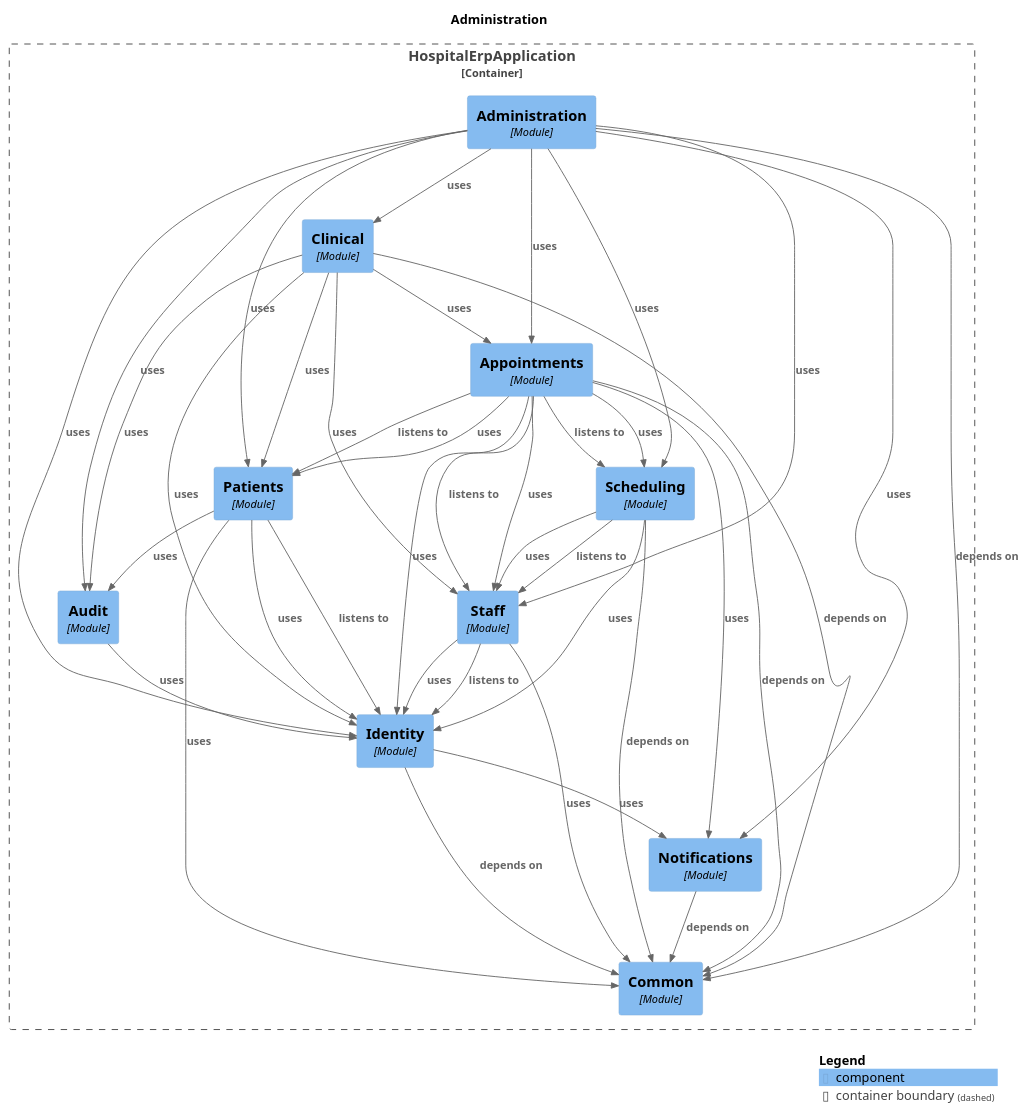
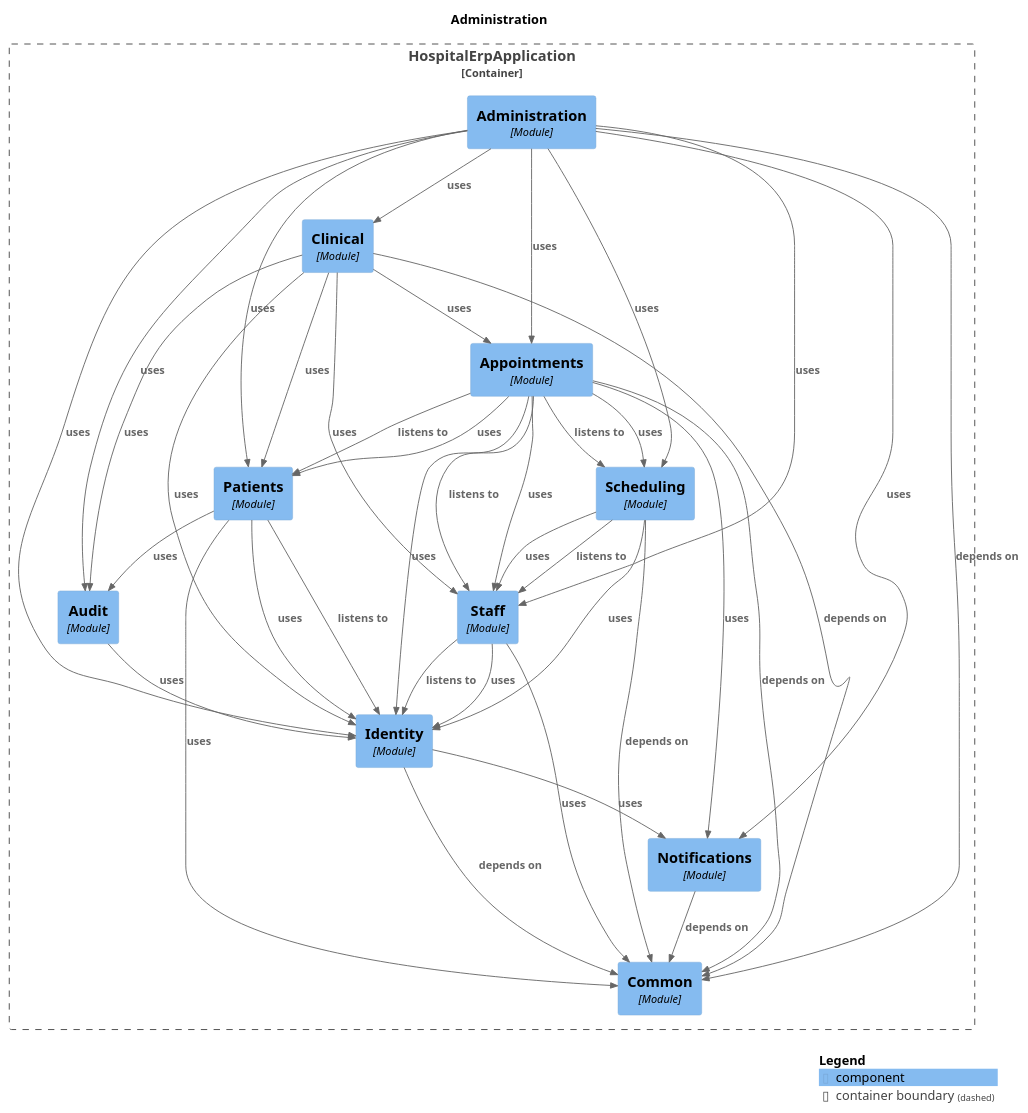
The diagram in docs/modules/module-administration.puml (harshsharma5720/HospitalERP), drawn with PlantUML before and after one commit. The commit also changed other lines of this file and 44 other files, not shown here.

```diff
--- a/docs/modules/module-administration.puml
+++ b/docs/modules/module-administration.puml
@@ -1,65 +1,65 @@
 @startuml
 set separator none
 title Administration
 
 top to bottom direction
 
 !include <C4/C4>
 !include <C4/C4_Context>
 !include <C4/C4_Component>
 
 Container_Boundary("HospitalErpApplication.HospitalErpApplication_boundary", "HospitalErpApplication", $tags="") {
   Component(HospitalErpApplication.HospitalErpApplication.Appointments, "Appointments", $techn="Module", $descr="", $tags="", $link="")
   Component(HospitalErpApplication.HospitalErpApplication.Clinical, "Clinical", $techn="Module", $descr="", $tags="", $link="")
   Component(HospitalErpApplication.HospitalErpApplication.Administration, "Administration", $techn="Module", $descr="", $tags="", $link="")
   Component(HospitalErpApplication.HospitalErpApplication.Common, "Common", $techn="Module", $descr="", $tags="", $link="")
   Component(HospitalErpApplication.HospitalErpApplication.Notifications, "Notifications", $techn="Module", $descr="", $tags="", $link="")
   Component(HospitalErpApplication.HospitalErpApplication.Identity, "Identity", $techn="Module", $descr="", $tags="", $link="")
   Component(HospitalErpApplication.HospitalErpApplication.Audit, "Audit", $techn="Module", $descr="", $tags="", $link="")
   Component(HospitalErpApplication.HospitalErpApplication.Staff, "Staff", $techn="Module", $descr="", $tags="", $link="")
   Component(HospitalErpApplication.HospitalErpApplication.Patients, "Patients", $techn="Module", $descr="", $tags="", $link="")
   Component(HospitalErpApplication.HospitalErpApplication.Scheduling, "Scheduling", $techn="Module", $descr="", $tags="", $link="")
 }
 
+Rel(HospitalErpApplication.HospitalErpApplication.Staff, HospitalErpApplication.HospitalErpApplication.Identity, "uses", $techn="", $tags="", $link="")
+Rel(HospitalErpApplication.HospitalErpApplication.Staff, HospitalErpApplication.HospitalErpApplication.Common, "uses", $techn="", $tags="", $link="")
+Rel(HospitalErpApplication.HospitalErpApplication.Audit, HospitalErpApplication.HospitalErpApplication.Identity, "uses", $techn="", $tags="", $link="")
+Rel(HospitalErpApplication.HospitalErpApplication.Clinical, HospitalErpApplication.HospitalErpApplication.Common, "depends on", $techn="", $tags="", $link="")
+Rel(HospitalErpApplication.HospitalErpApplication.Clinical, HospitalErpApplication.HospitalErpApplication.Appointments, "uses", $techn="", $tags="", $link="")
+Rel(HospitalErpApplication.HospitalErpApplication.Clinical, HospitalErpApplication.HospitalErpApplication.Staff, "uses", $techn="", $tags="", $link="")
 Rel(HospitalErpApplication.HospitalErpApplication.Clinical, HospitalErpApplication.HospitalErpApplication.Patients, "uses", $techn="", $tags="", $link="")
 Rel(HospitalErpApplication.HospitalErpApplication.Clinical, HospitalErpApplication.HospitalErpApplication.Identity, "uses", $techn="", $tags="", $link="")
 Rel(HospitalErpApplication.HospitalErpApplication.Clinical, HospitalErpApplication.HospitalErpApplication.Audit, "uses", $techn="", $tags="", $link="")
-Rel(HospitalErpApplication.HospitalErpApplication.Notifications, HospitalErpApplication.HospitalErpApplication.Common, "depends on", $techn="", $tags="", $link="")
-Rel(HospitalErpApplication.HospitalErpApplication.Staff, HospitalErpApplication.HospitalErpApplication.Identity, "listens to", $techn="", $tags="", $link="")
-Rel(HospitalErpApplication.HospitalErpApplication.Staff, HospitalErpApplication.HospitalErpApplication.Identity, "uses", $techn="", $tags="", $link="")
-Rel(HospitalErpApplication.HospitalErpApplication.Staff, HospitalErpApplication.HospitalErpApplication.Common, "uses", $techn="", $tags="", $link="")
-Rel(HospitalErpApplication.HospitalErpApplication.Administration, HospitalErpApplication.HospitalErpApplication.Common, "depends on", $techn="", $tags="", $link="")
-Rel(HospitalErpApplication.HospitalErpApplication.Administration, HospitalErpApplication.HospitalErpApplication.Identity, "uses", $techn="", $tags="", $link="")
-Rel(HospitalErpApplication.HospitalErpApplication.Administration, HospitalErpApplication.HospitalErpApplication.Patients, "uses", $techn="", $tags="", $link="")
-Rel(HospitalErpApplication.HospitalErpApplication.Administration, HospitalErpApplication.HospitalErpApplication.Staff, "uses", $techn="", $tags="", $link="")
-Rel(HospitalErpApplication.HospitalErpApplication.Administration, HospitalErpApplication.HospitalErpApplication.Audit, "uses", $techn="", $tags="", $link="")
-Rel(HospitalErpApplication.HospitalErpApplication.Administration, HospitalErpApplication.HospitalErpApplication.Appointments, "uses", $techn="", $tags="", $link="")
-Rel(HospitalErpApplication.HospitalErpApplication.Administration, HospitalErpApplication.HospitalErpApplication.Notifications, "uses", $techn="", $tags="", $link="")
-Rel(HospitalErpApplication.HospitalErpApplication.Administration, HospitalErpApplication.HospitalErpApplication.Clinical, "uses", $techn="", $tags="", $link="")
-Rel(HospitalErpApplication.HospitalErpApplication.Administration, HospitalErpApplication.HospitalErpApplication.Scheduling, "uses", $techn="", $tags="", $link="")
-Rel(HospitalErpApplication.HospitalErpApplication.Identity, HospitalErpApplication.HospitalErpApplication.Common, "depends on", $techn="", $tags="", $link="")
-Rel(HospitalErpApplication.HospitalErpApplication.Identity, HospitalErpApplication.HospitalErpApplication.Notifications, "uses", $techn="", $tags="", $link="")
+Rel(HospitalErpApplication.HospitalErpApplication.Scheduling, HospitalErpApplication.HospitalErpApplication.Staff, "listens to", $techn="", $tags="", $link="")
+Rel(HospitalErpApplication.HospitalErpApplication.Scheduling, HospitalErpApplication.HospitalErpApplication.Common, "depends on", $techn="", $tags="", $link="")
+Rel(HospitalErpApplication.HospitalErpApplication.Scheduling, HospitalErpApplication.HospitalErpApplication.Staff, "uses", $techn="", $tags="", $link="")
+Rel(HospitalErpApplication.HospitalErpApplication.Scheduling, HospitalErpApplication.HospitalErpApplication.Identity, "uses", $techn="", $tags="", $link="")
 Rel(HospitalErpApplication.HospitalErpApplication.Appointments, HospitalErpApplication.HospitalErpApplication.Staff, "listens to", $techn="", $tags="", $link="")
 Rel(HospitalErpApplication.HospitalErpApplication.Appointments, HospitalErpApplication.HospitalErpApplication.Patients, "listens to", $techn="", $tags="", $link="")
 Rel(HospitalErpApplication.HospitalErpApplication.Appointments, HospitalErpApplication.HospitalErpApplication.Scheduling, "listens to", $techn="", $tags="", $link="")
 Rel(HospitalErpApplication.HospitalErpApplication.Appointments, HospitalErpApplication.HospitalErpApplication.Common, "depends on", $techn="", $tags="", $link="")
 Rel(HospitalErpApplication.HospitalErpApplication.Appointments, HospitalErpApplication.HospitalErpApplication.Patients, "uses", $techn="", $tags="", $link="")
 Rel(HospitalErpApplication.HospitalErpApplication.Appointments, HospitalErpApplication.HospitalErpApplication.Staff, "uses", $techn="", $tags="", $link="")
 Rel(HospitalErpApplication.HospitalErpApplication.Appointments, HospitalErpApplication.HospitalErpApplication.Scheduling, "uses", $techn="", $tags="", $link="")
 Rel(HospitalErpApplication.HospitalErpApplication.Appointments, HospitalErpApplication.HospitalErpApplication.Identity, "uses", $techn="", $tags="", $link="")
 Rel(HospitalErpApplication.HospitalErpApplication.Appointments, HospitalErpApplication.HospitalErpApplication.Notifications, "uses", $techn="", $tags="", $link="")
 Rel(HospitalErpApplication.HospitalErpApplication.Patients, HospitalErpApplication.HospitalErpApplication.Identity, "listens to", $techn="", $tags="", $link="")
 Rel(HospitalErpApplication.HospitalErpApplication.Patients, HospitalErpApplication.HospitalErpApplication.Identity, "uses", $techn="", $tags="", $link="")
 Rel(HospitalErpApplication.HospitalErpApplication.Patients, HospitalErpApplication.HospitalErpApplication.Common, "uses", $techn="", $tags="", $link="")
 Rel(HospitalErpApplication.HospitalErpApplication.Patients, HospitalErpApplication.HospitalErpApplication.Audit, "uses", $techn="", $tags="", $link="")
-Rel(HospitalErpApplication.HospitalErpApplication.Scheduling, HospitalErpApplication.HospitalErpApplication.Staff, "listens to", $techn="", $tags="", $link="")
-Rel(HospitalErpApplication.HospitalErpApplication.Scheduling, HospitalErpApplication.HospitalErpApplication.Common, "depends on", $techn="", $tags="", $link="")
-Rel(HospitalErpApplication.HospitalErpApplication.Scheduling, HospitalErpApplication.HospitalErpApplication.Staff, "uses", $techn="", $tags="", $link="")
-Rel(HospitalErpApplication.HospitalErpApplication.Scheduling, HospitalErpApplication.HospitalErpApplication.Identity, "uses", $techn="", $tags="", $link="")
-Rel(HospitalErpApplication.HospitalErpApplication.Audit, HospitalErpApplication.HospitalErpApplication.Identity, "uses", $techn="", $tags="", $link="")
-Rel(HospitalErpApplication.HospitalErpApplication.Clinical, HospitalErpApplication.HospitalErpApplication.Common, "depends on", $techn="", $tags="", $link="")
-Rel(HospitalErpApplication.HospitalErpApplication.Clinical, HospitalErpApplication.HospitalErpApplication.Appointments, "uses", $techn="", $tags="", $link="")
-Rel(HospitalErpApplication.HospitalErpApplication.Clinical, HospitalErpApplication.HospitalErpApplication.Staff, "uses", $techn="", $tags="", $link="")
+Rel(HospitalErpApplication.HospitalErpApplication.Identity, HospitalErpApplication.HospitalErpApplication.Common, "depends on", $techn="", $tags="", $link="")
+Rel(HospitalErpApplication.HospitalErpApplication.Identity, HospitalErpApplication.HospitalErpApplication.Notifications, "uses", $techn="", $tags="", $link="")
+Rel(HospitalErpApplication.HospitalErpApplication.Administration, HospitalErpApplication.HospitalErpApplication.Common, "depends on", $techn="", $tags="", $link="")
+Rel(HospitalErpApplication.HospitalErpApplication.Administration, HospitalErpApplication.HospitalErpApplication.Identity, "uses", $techn="", $tags="", $link="")
+Rel(HospitalErpApplication.HospitalErpApplication.Administration, HospitalErpApplication.HospitalErpApplication.Patients, "uses", $techn="", $tags="", $link="")
+Rel(HospitalErpApplication.HospitalErpApplication.Administration, HospitalErpApplication.HospitalErpApplication.Staff, "uses", $techn="", $tags="", $link="")
+Rel(HospitalErpApplication.HospitalErpApplication.Administration, HospitalErpApplication.HospitalErpApplication.Audit, "uses", $techn="", $tags="", $link="")
+Rel(HospitalErpApplication.HospitalErpApplication.Administration, HospitalErpApplication.HospitalErpApplication.Appointments, "uses", $techn="", $tags="", $link="")
+Rel(HospitalErpApplication.HospitalErpApplication.Administration, HospitalErpApplication.HospitalErpApplication.Notifications, "uses", $techn="", $tags="", $link="")
+Rel(HospitalErpApplication.HospitalErpApplication.Administration, HospitalErpApplication.HospitalErpApplication.Clinical, "uses", $techn="", $tags="", $link="")
+Rel(HospitalErpApplication.HospitalErpApplication.Administration, HospitalErpApplication.HospitalErpApplication.Scheduling, "uses", $techn="", $tags="", $link="")
+Rel(HospitalErpApplication.HospitalErpApplication.Notifications, HospitalErpApplication.HospitalErpApplication.Common, "depends on", $techn="", $tags="", $link="")
+Rel(HospitalErpApplication.HospitalErpApplication.Staff, HospitalErpApplication.HospitalErpApplication.Identity, "listens to", $techn="", $tags="", $link="")
 
 SHOW_LEGEND(true)
 @enduml
```
